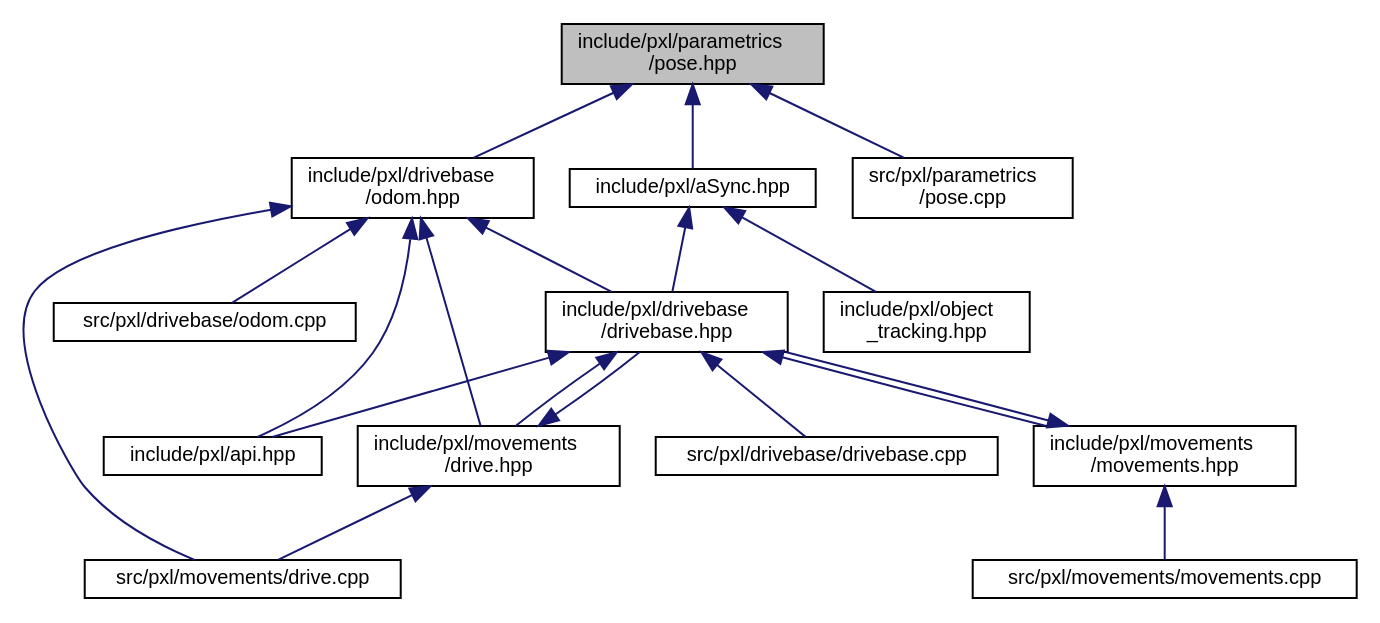
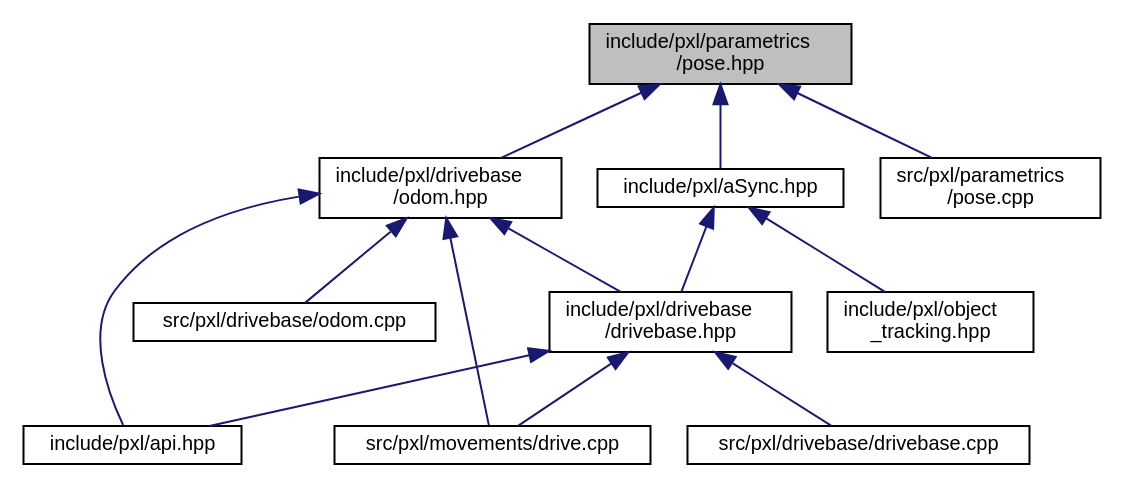
One commit to Pixel-Lib/Pixel changed the diagram in pose_8hpp__dep__incl.dot. Above: the diagram before and after it, drawn with Graphviz. The commit also changed 176 other files, not shown here.

```diff
--- a/pose_8hpp__dep__incl.dot
+++ b/pose_8hpp__dep__incl.dot
@@ -1,37 +1,28 @@
 digraph "include/pxl/parametrics/pose.hpp"
 {
  // LATEX_PDF_SIZE
   edge [fontname="Helvetica",fontsize="10",labelfontname="Helvetica",labelfontsize="10"];
   node [fontname="Helvetica",fontsize="10",shape=record];
   Node1 [label="include/pxl/parametrics\l/pose.hpp",height=0.2,width=0.4,color="black", fillcolor="grey75", style="filled", fontcolor="black",tooltip=" "];
   Node1 -> Node2 [dir="back",color="midnightblue",fontsize="10",style="solid",fontname="Helvetica"];
   Node2 [label="include/pxl/aSync.hpp",height=0.2,width=0.4,color="black", fillcolor="white", style="filled",URL="$aSync_8hpp.html",tooltip=" "];
   Node2 -> Node3 [dir="back",color="midnightblue",fontsize="10",style="solid",fontname="Helvetica"];
   Node3 [label="include/pxl/drivebase\l/drivebase.hpp",height=0.2,width=0.4,color="black", fillcolor="white", style="filled",URL="$drivebase_8hpp.html",tooltip=" "];
   Node3 -> Node4 [dir="back",color="midnightblue",fontsize="10",style="solid",fontname="Helvetica"];
   Node4 [label="include/pxl/api.hpp",height=0.2,width=0.4,color="black", fillcolor="white", style="filled",URL="$api_8hpp.html",tooltip=" "];
   Node3 -> Node5 [dir="back",color="midnightblue",fontsize="10",style="solid",fontname="Helvetica"];
-  Node5 [label="include/pxl/movements\l/drive.hpp",height=0.2,width=0.4,color="black", fillcolor="white", style="filled",URL="$drive_8hpp.html",tooltip=" "];
-  Node5 -> Node3 [dir="back",color="midnightblue",fontsize="10",style="solid",fontname="Helvetica"];
-  Node5 -> Node6 [dir="back",color="midnightblue",fontsize="10",style="solid",fontname="Helvetica"];
+  Node5 [label="src/pxl/drivebase/drivebase.cpp",height=0.2,width=0.4,color="black", fillcolor="white", style="filled",URL="$drivebase_8cpp.html",tooltip=" "];
+  Node3 -> Node6 [dir="back",color="midnightblue",fontsize="10",style="solid",fontname="Helvetica"];
   Node6 [label="src/pxl/movements/drive.cpp",height=0.2,width=0.4,color="black", fillcolor="white", style="filled",URL="$drive_8cpp.html",tooltip=" "];
-  Node3 -> Node7 [dir="back",color="midnightblue",fontsize="10",style="solid",fontname="Helvetica"];
-  Node7 [label="include/pxl/movements\l/movements.hpp",height=0.2,width=0.4,color="black", fillcolor="white", style="filled",URL="$movements_8hpp.html",tooltip=" "];
-  Node7 -> Node3 [dir="back",color="midnightblue",fontsize="10",style="solid",fontname="Helvetica"];
-  Node7 -> Node8 [dir="back",color="midnightblue",fontsize="10",style="solid",fontname="Helvetica"];
-  Node8 [label="src/pxl/movements/movements.cpp",height=0.2,width=0.4,color="black", fillcolor="white", style="filled",URL="$movements_8cpp.html",tooltip=" "];
-  Node3 -> Node9 [dir="back",color="midnightblue",fontsize="10",style="solid",fontname="Helvetica"];
-  Node9 [label="src/pxl/drivebase/drivebase.cpp",height=0.2,width=0.4,color="black", fillcolor="white", style="filled",URL="$drivebase_8cpp.html",tooltip=" "];
-  Node2 -> Node10 [dir="back",color="midnightblue",fontsize="10",style="solid",fontname="Helvetica"];
-  Node10 [label="include/pxl/object\l_tracking.hpp",height=0.2,width=0.4,color="black", fillcolor="white", style="filled",URL="$object__tracking_8hpp.html",tooltip=" "];
-  Node1 -> Node11 [dir="back",color="midnightblue",fontsize="10",style="solid",fontname="Helvetica"];
-  Node11 [label="include/pxl/drivebase\l/odom.hpp",height=0.2,width=0.4,color="black", fillcolor="white", style="filled",URL="$odom_8hpp.html",tooltip=" "];
-  Node11 -> Node4 [dir="back",color="midnightblue",fontsize="10",style="solid",fontname="Helvetica"];
-  Node11 -> Node3 [dir="back",color="midnightblue",fontsize="10",style="solid",fontname="Helvetica"];
-  Node11 -> Node5 [dir="back",color="midnightblue",fontsize="10",style="solid",fontname="Helvetica"];
-  Node11 -> Node12 [dir="back",color="midnightblue",fontsize="10",style="solid",fontname="Helvetica"];
-  Node12 [label="src/pxl/drivebase/odom.cpp",height=0.2,width=0.4,color="black", fillcolor="white", style="filled",URL="$odom_8cpp.html",tooltip=" "];
-  Node11 -> Node6 [dir="back",color="midnightblue",fontsize="10",style="solid",fontname="Helvetica"];
-  Node1 -> Node13 [dir="back",color="midnightblue",fontsize="10",style="solid",fontname="Helvetica"];
-  Node13 [label="src/pxl/parametrics\l/pose.cpp",height=0.2,width=0.4,color="black", fillcolor="white", style="filled",URL="$pose_8cpp.html",tooltip=" "];
+  Node2 -> Node7 [dir="back",color="midnightblue",fontsize="10",style="solid",fontname="Helvetica"];
+  Node7 [label="include/pxl/object\l_tracking.hpp",height=0.2,width=0.4,color="black", fillcolor="white", style="filled",URL="$object__tracking_8hpp.html",tooltip=" "];
+  Node1 -> Node8 [dir="back",color="midnightblue",fontsize="10",style="solid",fontname="Helvetica"];
+  Node8 [label="include/pxl/drivebase\l/odom.hpp",height=0.2,width=0.4,color="black", fillcolor="white", style="filled",URL="$odom_8hpp.html",tooltip=" "];
+  Node8 -> Node4 [dir="back",color="midnightblue",fontsize="10",style="solid",fontname="Helvetica"];
+  Node8 -> Node3 [dir="back",color="midnightblue",fontsize="10",style="solid",fontname="Helvetica"];
+  Node8 -> Node9 [dir="back",color="midnightblue",fontsize="10",style="solid",fontname="Helvetica"];
+  Node9 [label="src/pxl/drivebase/odom.cpp",height=0.2,width=0.4,color="black", fillcolor="white", style="filled",URL="$odom_8cpp.html",tooltip=" "];
+  Node8 -> Node6 [dir="back",color="midnightblue",fontsize="10",style="solid",fontname="Helvetica"];
+  Node1 -> Node10 [dir="back",color="midnightblue",fontsize="10",style="solid",fontname="Helvetica"];
+  Node10 [label="src/pxl/parametrics\l/pose.cpp",height=0.2,width=0.4,color="black", fillcolor="white", style="filled",URL="$pose_8cpp.html",tooltip=" "];
 }
```
